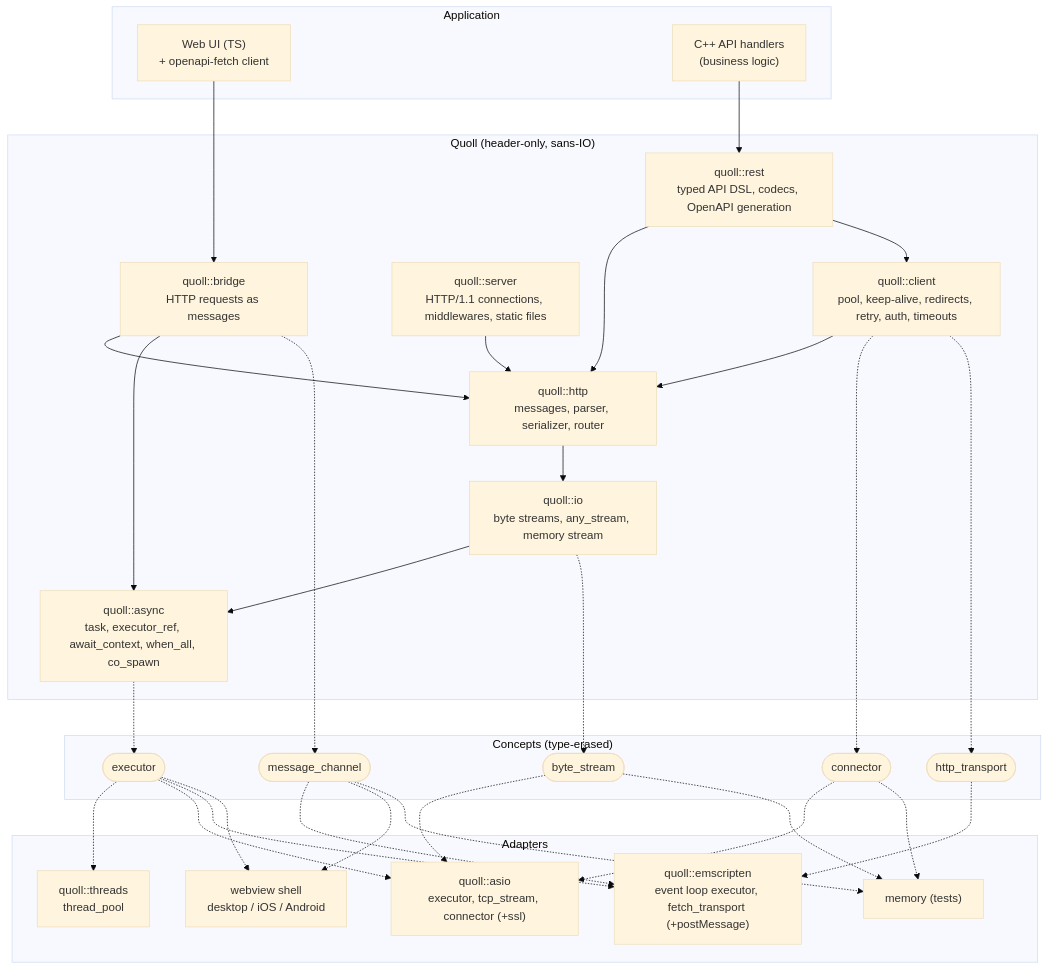
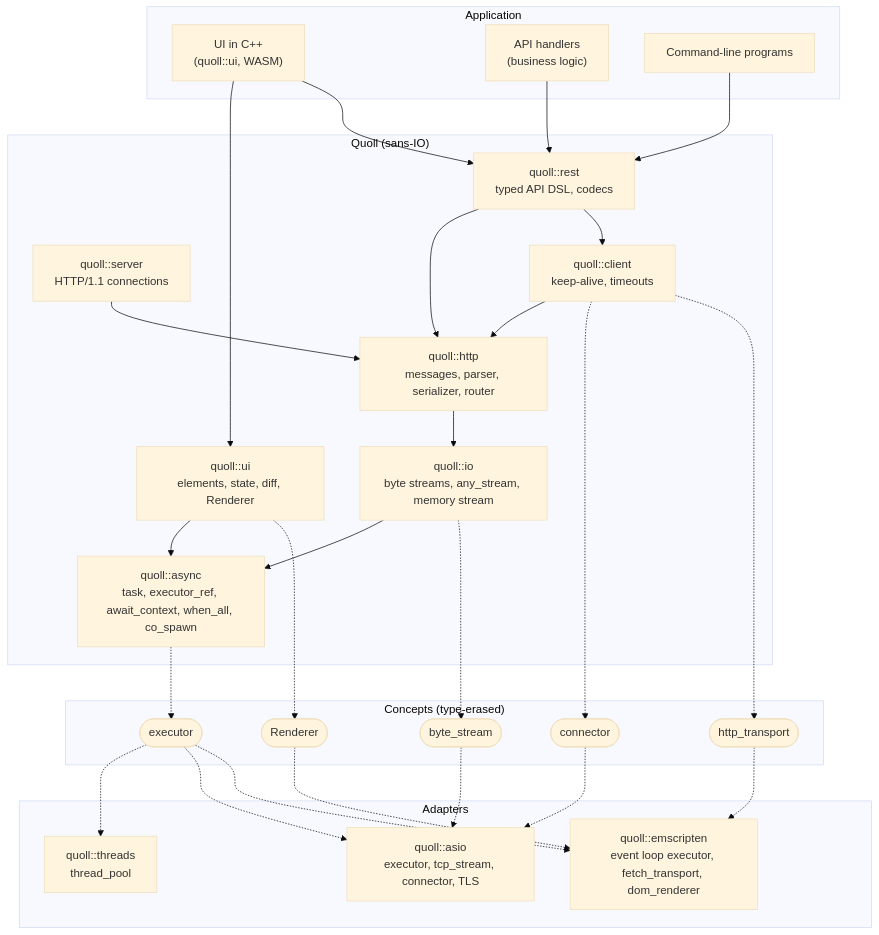
Before and after one commit to 4thlabs/quoll: the diagram in docs/PLAN.md, drawn with Mermaid (base theme). The commit also changed other lines of this file and 3 other files, not shown here.

First line of the commit message:
docs: the plan follows the target, as a roadmap of ten steps

````diff
--- a/docs/PLAN.md
+++ b/docs/PLAN.md
@@ -81,56 +228,56 @@
 ```mermaid
 flowchart TB
   subgraph app["Application"]
-    ui["Web UI (TS)<br/>+ openapi-fetch client"]
-    handlers["C++ API handlers<br/>(business logic)"]
+    page["UI in C++<br/>(quoll::ui, WASM)"]
+    handlers["API handlers<br/>(business logic)"]
+    cli["Command-line programs"]
   end
 
-  subgraph quoll["Quoll (header-only, sans-IO)"]
-    rest["quoll::rest<br/>typed API DSL, codecs, OpenAPI generation"]
-    bridge["quoll::bridge<br/>HTTP requests as messages"]
-    server["quoll::server<br/>HTTP/1.1 connections, middlewares, static files"]
-    client["quoll::client<br/>pool, keep-alive, redirects, retry, auth, timeouts"]
+  subgraph quoll["Quoll (sans-IO)"]
+    ui["quoll::ui<br/>elements, state, diff, Renderer"]
+    rest["quoll::rest<br/>typed API DSL, codecs"]
+    server["quoll::server<br/>HTTP/1.1 connections"]
+    client["quoll::client<br/>keep-alive, timeouts"]
     http["quoll::http<br/>messages, parser, serializer, router"]
     io["quoll::io<br/>byte streams, any_stream, memory stream"]
     async["quoll::async<br/>task, executor_ref, await_context, when_all, co_spawn"]
   end
 
   subgraph concepts["Concepts (type-erased)"]
     executor(["executor"])
     stream(["byte_stream"])
     connector(["connector"])
     transport(["http_transport"])
-    channel(["message_channel"])
+    renderer(["Renderer"])
   end
 
   subgraph adapters["Adapters"]
     pool["quoll::threads<br/>thread_pool"]
-    asio["quoll::asio<br/>executor, tcp_stream, connector (+ssl)"]
-    emscripten["quoll::emscripten<br/>event loop executor, fetch_transport (+postMessage)"]
-    shell["webview shell<br/>desktop / iOS / Android"]
-    memory["memory (tests)"]
+    asio["quoll::asio<br/>executor, tcp_stream, connector, TLS"]
+    emscripten["quoll::emscripten<br/>event loop executor, fetch_transport, dom_renderer"]
   end
 
-  ui --> bridge
+  page --> ui
+  page --> rest
   handlers --> rest
+  cli --> rest
   rest --> http
   rest --> client
-  bridge --> http
   server --> http
   client --> http
+  ui --> async
   http --> io
   io --> async
-  bridge --> async
 
   io -.-> stream
   client -.-> connector
   client -.-> transport
-  bridge -.-> channel
+  ui -.-> renderer
   async -.-> executor
 
-  executor -.-> pool & asio & emscripten & shell
-  stream -.-> asio & memory
-  connector -.-> asio & memory
+  executor -.-> pool & asio & emscripten
+  stream -.-> asio
+  connector -.-> asio
   transport -.-> emscripten
-  channel -.-> emscripten & shell & memory
+  renderer -.-> emscripten
 ```
````
